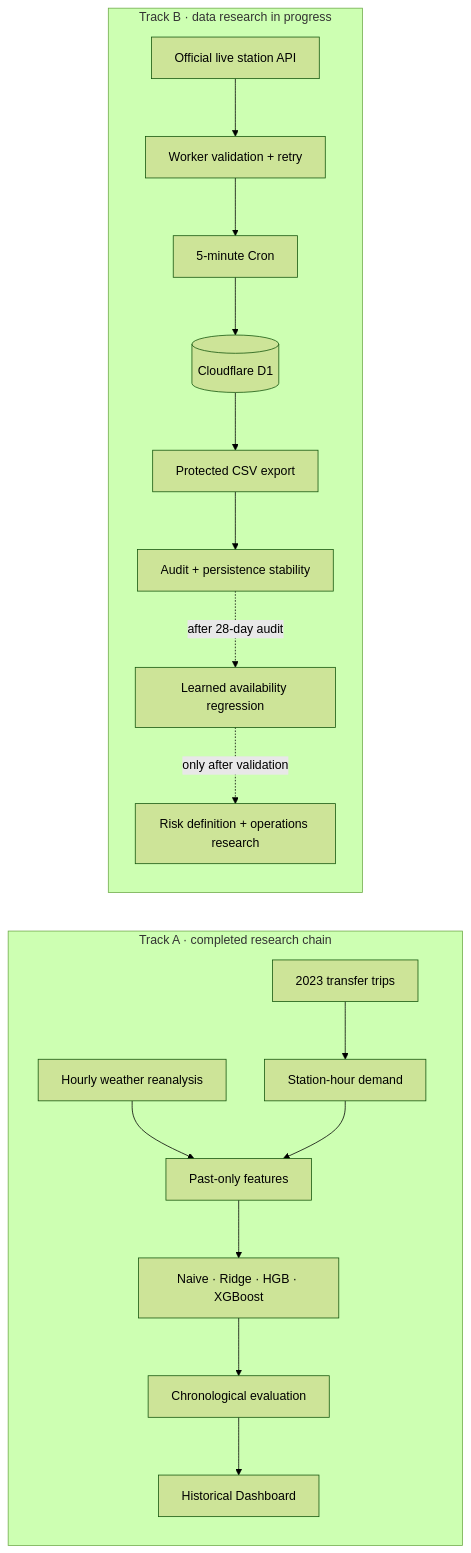
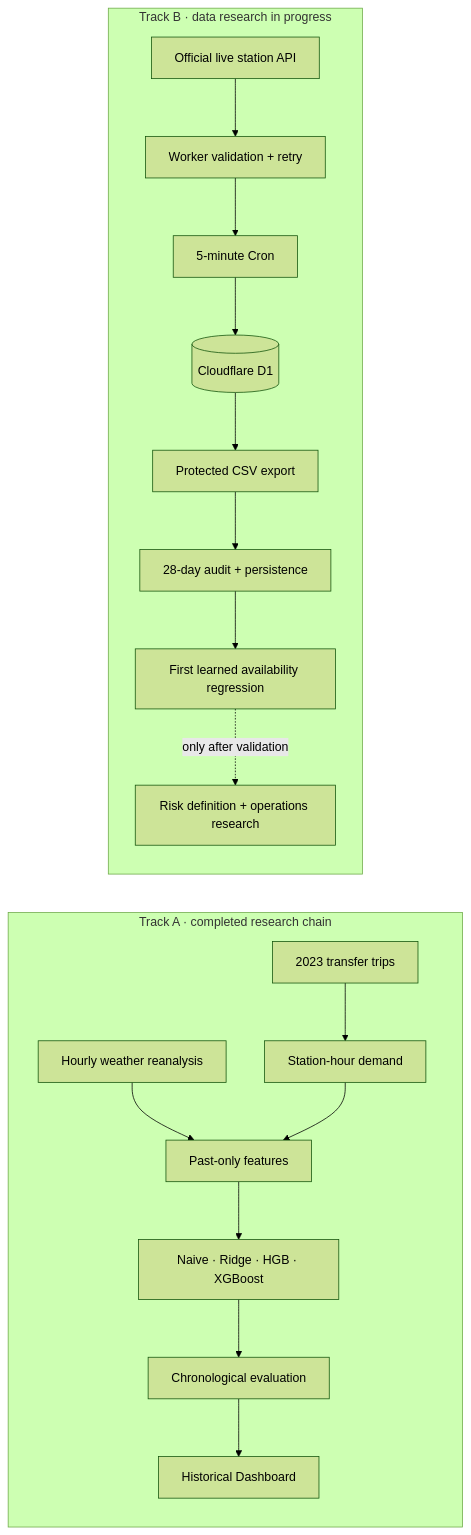
One commit to mieuxwei/youbike-demand-prediction changed the diagram in README.md. Above: the diagram before and after it, drawn with Mermaid (forest theme). The commit also changed other lines of this file and 30 other files, not shown here.

````diff
--- a/README.md
+++ b/README.md
@@ -119,20 +124,20 @@
 ```mermaid
 flowchart LR
   subgraph A[Track A · completed research chain]
     A1[2023 transfer trips] --> A2[Station-hour demand]
     A3[Hourly weather reanalysis] --> A4[Past-only features]
     A2 --> A4 --> A5[Naive · Ridge · HGB · XGBoost]
     A5 --> A6[Chronological evaluation]
     A6 --> A7[Historical Dashboard]
   end
 
   subgraph B[Track B · data research in progress]
     B1[Official live station API] --> B2[Worker validation + retry]
     B2 --> B3[5-minute Cron]
     B3 --> B4[(Cloudflare D1)]
     B4 --> B5[Protected CSV export]
-    B5 --> B6[Audit + persistence stability]
-    B6 -. after 28-day audit .-> B7[Learned availability regression]
+    B5 --> B6[28-day audit + persistence]
+    B6 --> B7[First learned availability regression]
     B7 -. only after validation .-> B8[Risk definition + operations research]
   end
 ```
````
